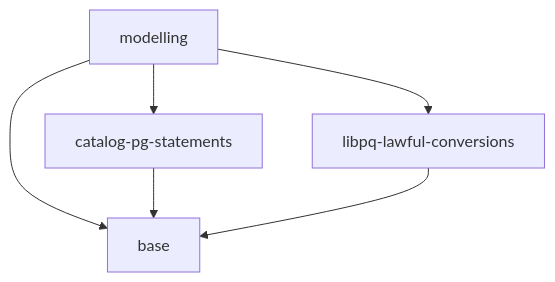
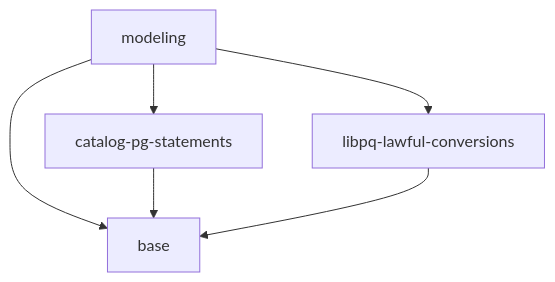
One commit to pgenie-io/pgenie changed the diagram in design/README.md. Above: the diagram before and after it, drawn with Mermaid. The commit also changed 19 other files, not shown here.

````diff
--- a/design/README.md
+++ b/design/README.md
@@ -4,10 +4,10 @@
 ```mermaid
 graph TD
 
-modelling --> catalog-pg-statements
-modelling --> libpq-lawful-conversions
+modeling --> catalog-pg-statements
+modeling --> libpq-lawful-conversions
 
-modelling --> base
+modeling --> base
 catalog-pg-statements --> base
 libpq-lawful-conversions --> base
 ```
````
